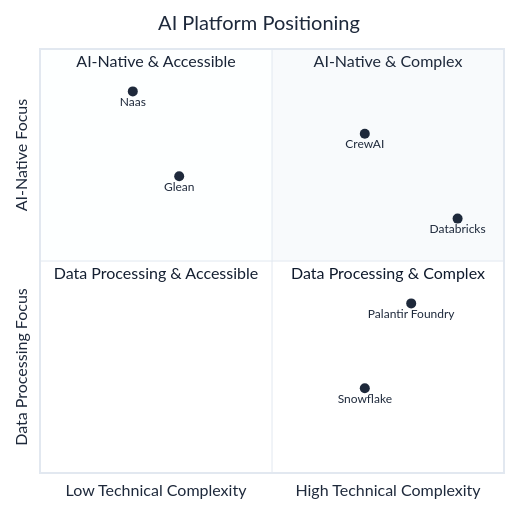
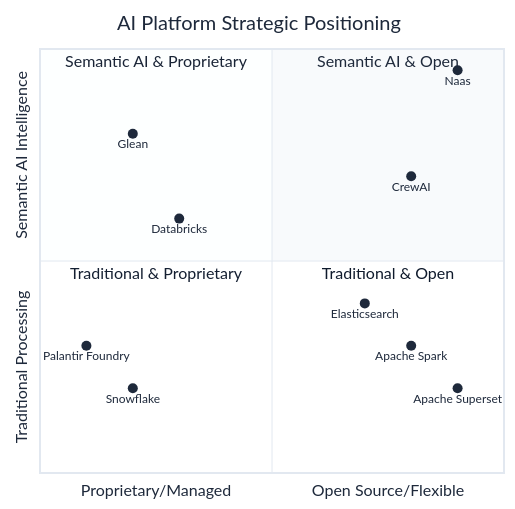
One commit to jupyter-naas/docs changed the diagram in site/docs/scale/platform-comparisons/overview.md. Above: the diagram before and after it, drawn with Mermaid. The commit also changed other lines of this file, not shown here.

Commit message:
feat: Complete quadrant chart with traditional open-source platforms
✅ Added major open-source traditional data processing platforms:
- Apache Spark: Distributed computing framework for large-scale data processing
- Elasticsearch: Search and analytics engine for structured/unstructured data
- Apache Superset: Business intelligence web application for data visualization

📊 Complete Strategic Positioning:
- Quadrant 1 (Semantic AI & Open): Naas, CrewAI
- Quadrant 2 (Semantic AI & Proprietary): Glean, Databricks
- Quadrant 3 (Traditional & Proprietary): Snowflake, Palantir Foundry
- Quadrant 4 (Traditional & Open): Apache Spark, Elasticsearch, Apache Superset

🎯 Strategic Value:
- Complete competitive landscape visualization
- Shows Naas's unique position in advanced AI + open architecture
- Demonstrates full spectrum of platform options
- Helps organizations understand all available alternatives

Based on research of major open-source data processing platforms.

````diff
--- a/site/docs/scale/platform-comparisons/overview.md
+++ b/site/docs/scale/platform-comparisons/overview.md
@@ -19,19 +19,22 @@
 ```mermaid
 %%{init: {'theme':'base', 'themeVariables': {'primaryColor': '#f8fafc', 'primaryTextColor': '#1e293b', 'primaryBorderColor': '#e2e8f0', 'lineColor': '#64748b'}}}%%
 quadrantChart
-    title AI Platform Positioning
-    x-axis Low Technical Complexity --> High Technical Complexity
-    y-axis Data Processing Focus --> AI-Native Focus
+    title AI Platform Strategic Positioning
+    x-axis Proprietary/Managed --> Open Source/Flexible
+    y-axis Traditional Processing --> Semantic AI Intelligence
     
-    quadrant-1 AI-Native & Complex
-    quadrant-2 AI-Native & Accessible
-    quadrant-3 Data Processing & Accessible
-    quadrant-4 Data Processing & Complex
+    quadrant-1 Semantic AI & Open
+    quadrant-2 Semantic AI & Proprietary
+    quadrant-3 Traditional & Proprietary
+    quadrant-4 Traditional & Open
     
-    Naas: [0.2, 0.9]
-    CrewAI: [0.7, 0.8]
-    Glean: [0.3, 0.7]
-    Palantir Foundry: [0.8, 0.4]
-    Databricks: [0.9, 0.6]
-    Snowflake: [0.7, 0.2]
+    Naas: [0.9, 0.95]
+    CrewAI: [0.8, 0.7]
+    Glean: [0.2, 0.8]
+    Palantir Foundry: [0.1, 0.3]
+    Databricks: [0.3, 0.6]
+    Snowflake: [0.2, 0.2]
+    Apache Spark: [0.8, 0.3]
+    Elasticsearch: [0.7, 0.4]
+    Apache Superset: [0.9, 0.2]
 ```
````
